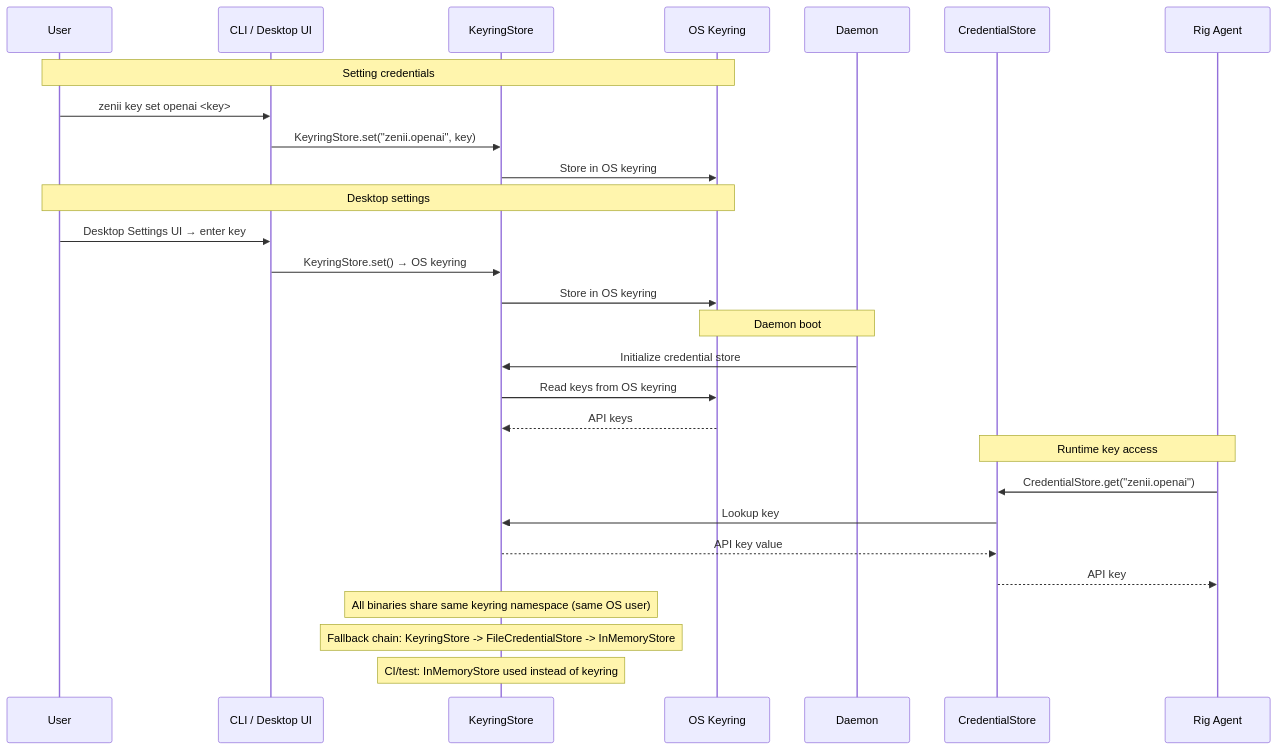
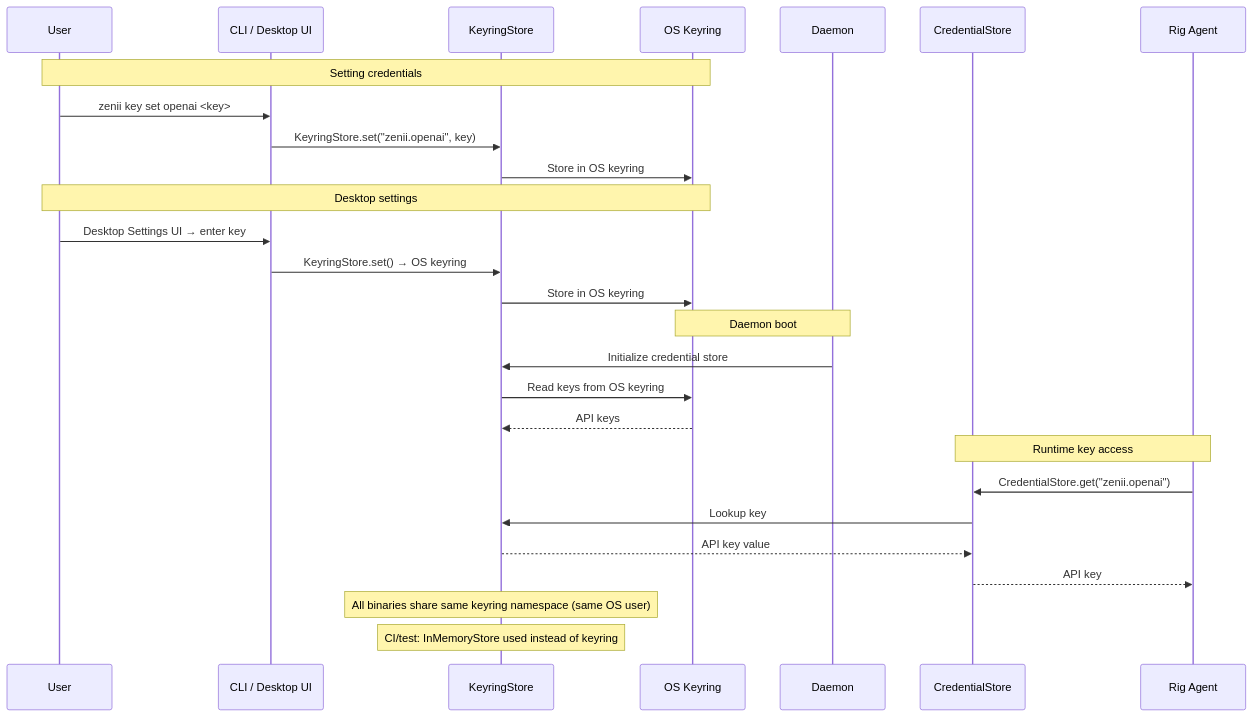
Before and after one commit to sprklai/zenii: diagram 12 of 26 in docs-site/docs/processes.md, drawn with Mermaid. The commit also changed other lines of this file and 8 other files, not shown here.

````diff
--- a/docs-site/docs/processes.md
+++ b/docs-site/docs/processes.md
@@ -404,35 +426,34 @@
 ```mermaid
 sequenceDiagram
     participant User as User
     participant CLI as CLI / Desktop UI
     participant KS as KeyringStore
     participant KR as OS Keyring
     participant Daemon as Daemon
     participant CS as CredentialStore
     participant AG as Rig Agent
 
     Note over User,KR: Setting credentials
     User->>CLI: zenii key set openai <key>
     CLI->>KS: KeyringStore.set("zenii.openai", key)
     KS->>KR: Store in OS keyring
 
     Note over User,KR: Desktop settings
     User->>CLI: Desktop Settings UI → enter key
     CLI->>KS: KeyringStore.set() → OS keyring
     KS->>KR: Store in OS keyring
 
     Note over Daemon,KR: Daemon boot
     Daemon->>KS: Initialize credential store
     KS->>KR: Read keys from OS keyring
     KR-->>KS: API keys
 
     Note over AG,CS: Runtime key access
     AG->>CS: CredentialStore.get("zenii.openai")
     CS->>KS: Lookup key
     KS-->>CS: API key value
     CS-->>AG: API key
 
     Note over KS: All binaries share same keyring namespace (same OS user)
-    Note over KS: Fallback chain: KeyringStore -> FileCredentialStore -> InMemoryStore
     Note over KS: CI/test: InMemoryStore used instead of keyring
 ```
````
